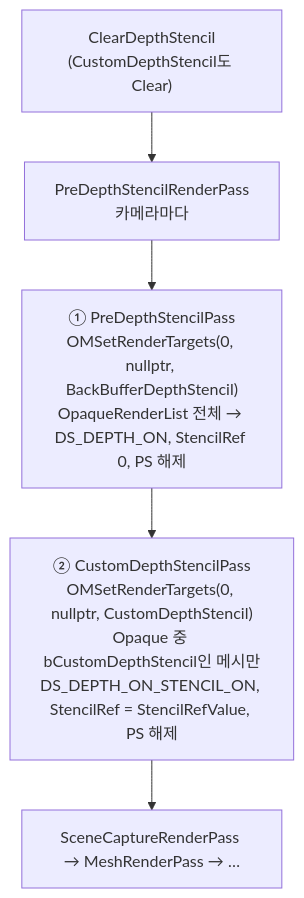
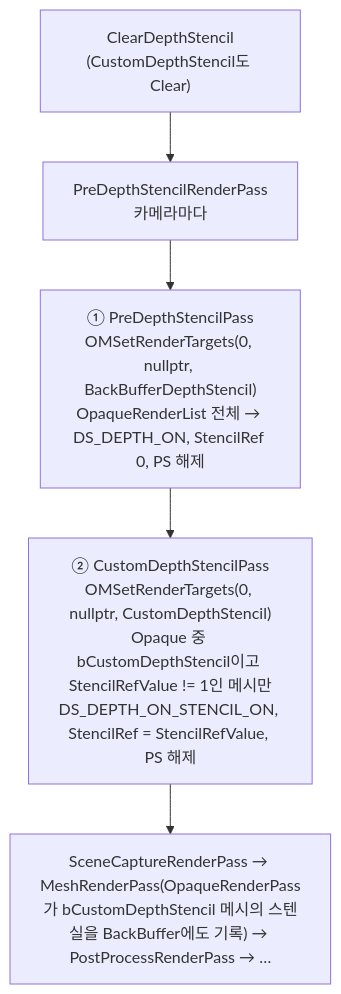
One commit to Gat-Young/ForestPearlEngine changed diagram 11 of 28 in README.md. Above: the diagram before and after it, drawn with Mermaid. The commit also changed other lines of this file, not shown here.

````diff
--- a/README.md
+++ b/README.md
@@ -1011,7 +1024,7 @@
 ```mermaid
 flowchart TD
     CL["ClearDepthStencil<br/>(CustomDepthStencil도 Clear)"] --> PRE["PreDepthStencilRenderPass<br/>카메라마다"]
     PRE --> A["① PreDepthStencilPass<br/>OMSetRenderTargets(0, nullptr, BackBufferDepthStencil)<br/>OpaqueRenderList 전체 → DS_DEPTH_ON, StencilRef 0, PS 해제"]
-    A --> B["② CustomDepthStencilPass<br/>OMSetRenderTargets(0, nullptr, CustomDepthStencil)<br/>Opaque 중 bCustomDepthStencil인 메시만<br/>DS_DEPTH_ON_STENCIL_ON, StencilRef = StencilRefValue, PS 해제"]
-    B --> SC["SceneCaptureRenderPass → MeshRenderPass → …"]
+    A --> B["② CustomDepthStencilPass<br/>OMSetRenderTargets(0, nullptr, CustomDepthStencil)<br/>Opaque 중 bCustomDepthStencil이고 StencilRefValue != 1인 메시만<br/>DS_DEPTH_ON_STENCIL_ON, StencilRef = StencilRefValue, PS 해제"]
+    B --> SC["SceneCaptureRenderPass → MeshRenderPass(OpaqueRenderPass가 bCustomDepthStencil 메시의 스텐실을 BackBuffer에도 기록) → PostProcessRenderPass → …"]
 ```
````
